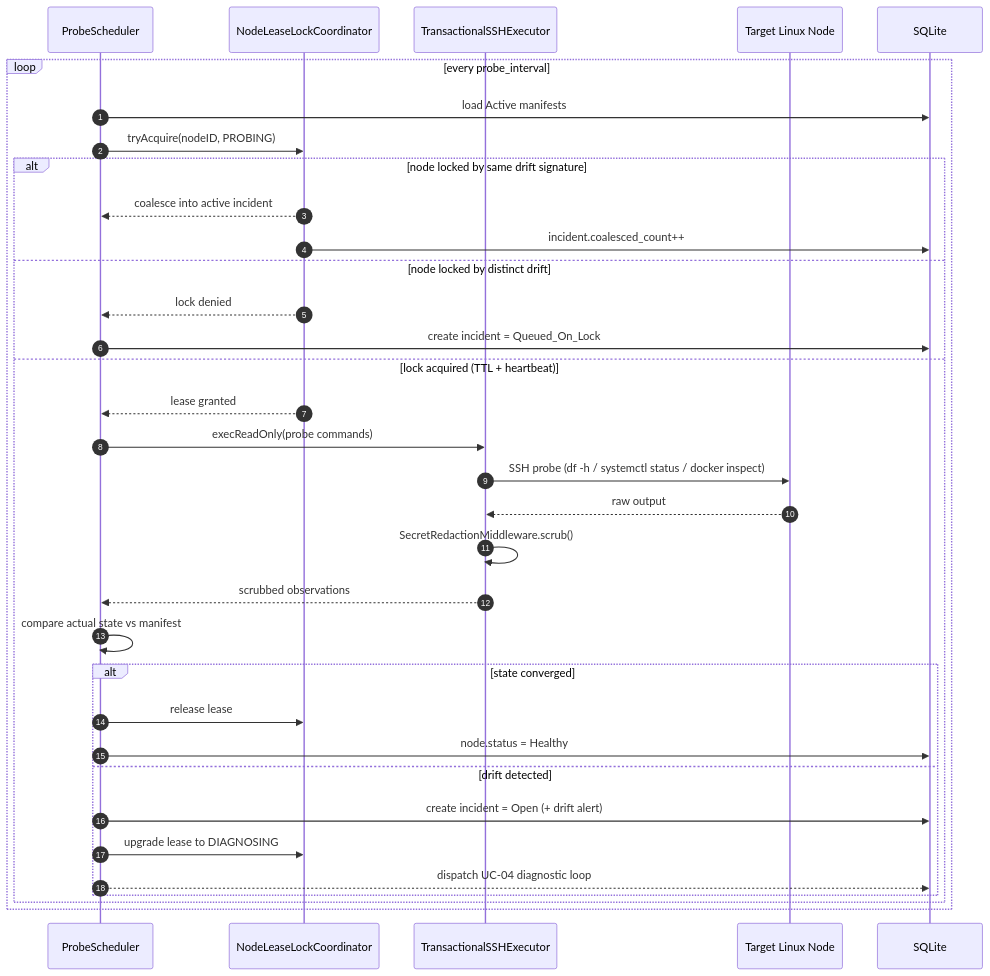
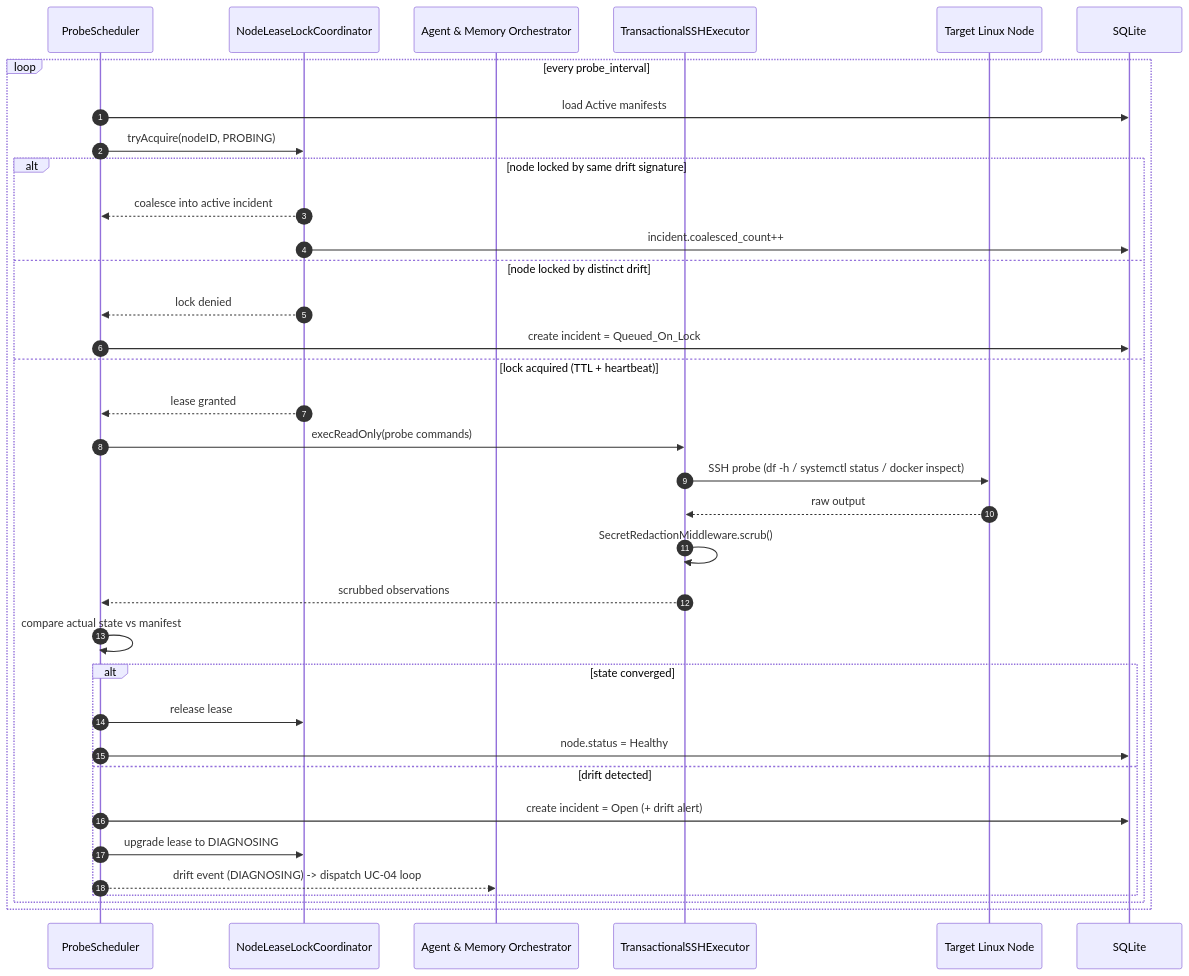
The sixth of 7 diagrams in hw2/design.md (crane-fog/SAD-Proj), drawn with Mermaid before and after one commit. The commit also changed other lines of this file, not shown here.

Commit message:
fix(hw2): correct UC-04 dispatch target, unify Queued_On_Lock spelling, fix rollback state transition, add reject-path note

````diff
--- a/hw2/design.md
+++ b/hw2/design.md
@@ -396,37 +396,38 @@
 ```mermaid
 sequenceDiagram
     autonumber
     participant S as ProbeScheduler
     participant C as NodeLeaseLockCoordinator
+    participant AO as Agent & Memory Orchestrator
     participant E as TransactionalSSHExecutor
     participant N as Target Linux Node
     participant DB as SQLite
 
     loop every probe_interval
         S->>DB: load Active manifests
         S->>C: tryAcquire(nodeID, PROBING)
         alt node locked by same drift signature
             C-->>S: coalesce into active incident
             C->>DB: incident.coalesced_count++
         else node locked by distinct drift
             C-->>S: lock denied
             S->>DB: create incident = Queued_On_Lock
         else lock acquired (TTL + heartbeat)
             C-->>S: lease granted
             S->>E: execReadOnly(probe commands)
             E->>N: SSH probe (df -h / systemctl status / docker inspect)
             N-->>E: raw output
             E->>E: SecretRedactionMiddleware.scrub()
             E-->>S: scrubbed observations
             S->>S: compare actual state vs manifest
             alt state converged
                 S->>C: release lease
                 S->>DB: node.status = Healthy
             else drift detected
                 S->>DB: create incident = Open (+ drift alert)
                 S->>C: upgrade lease to DIAGNOSING
-                S-->>DB: dispatch UC-04 diagnostic loop
+                S-->>AO: drift event (DIAGNOSING) -> dispatch UC-04 loop
             end
         end
     end
 ```
````
